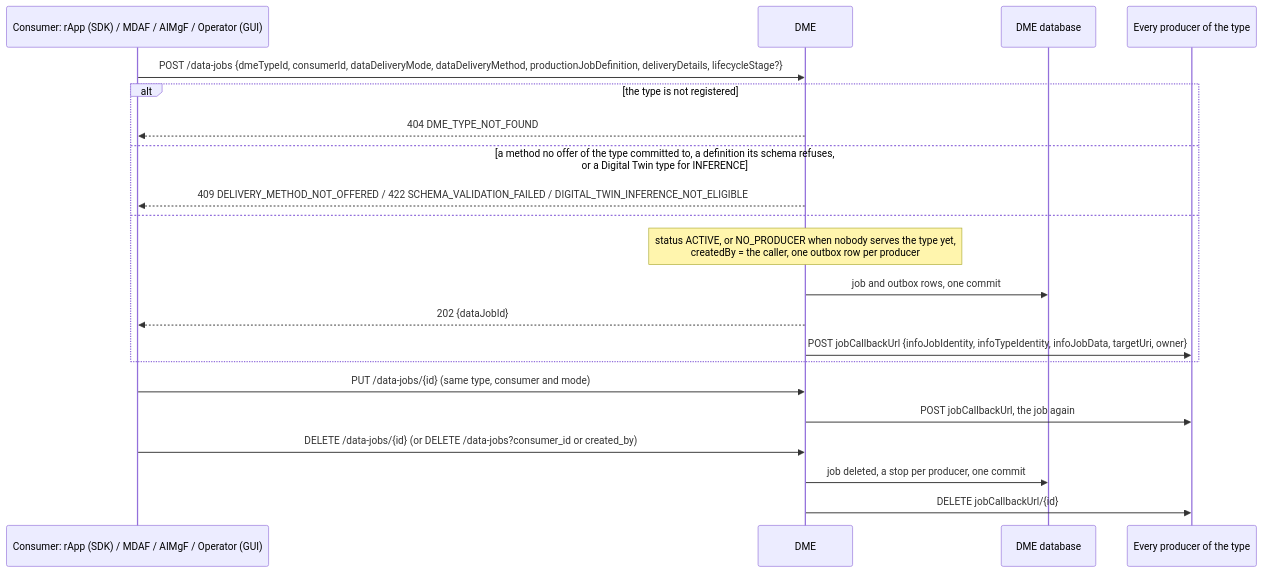
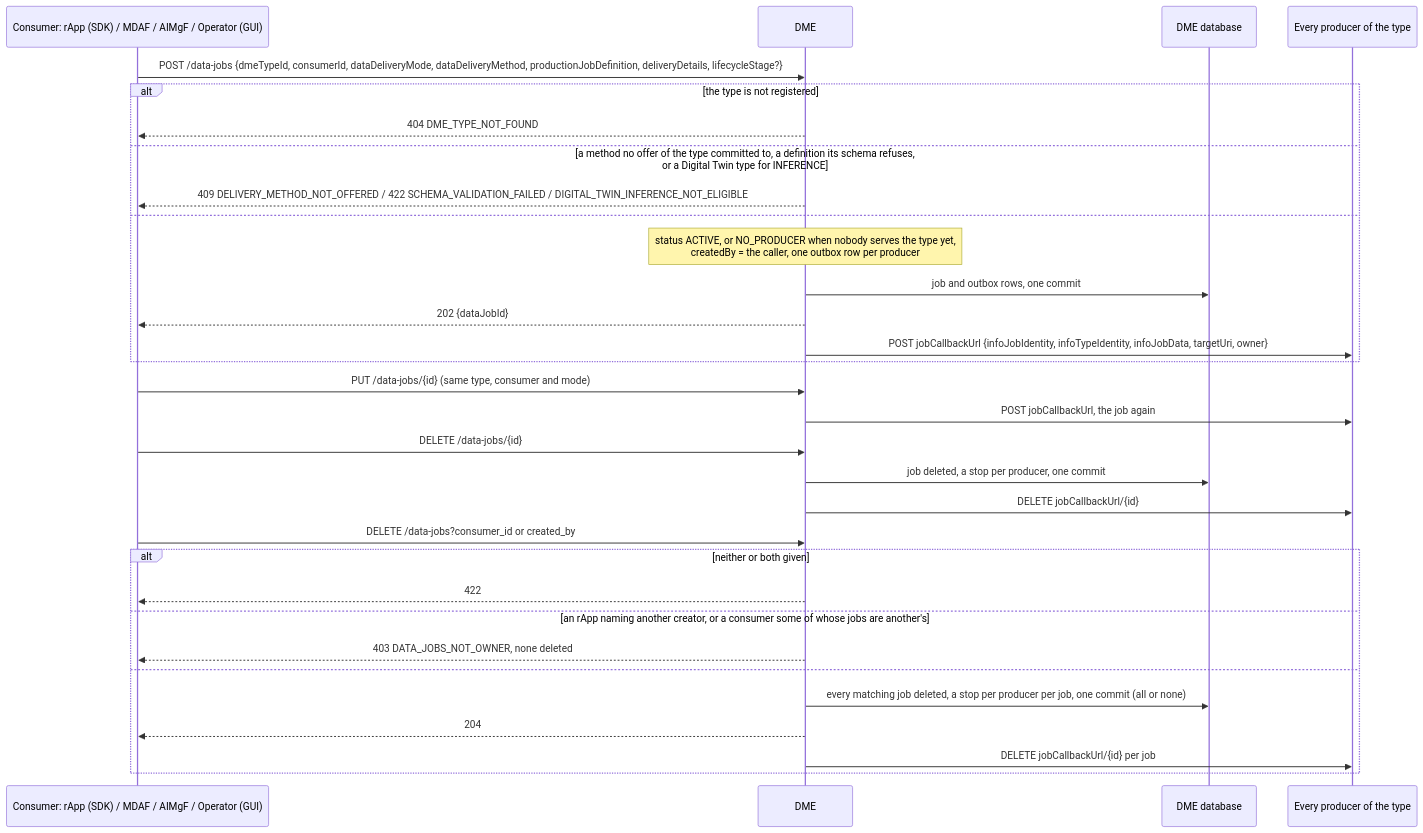
The second of 4 diagrams in smo/docs/call-flows/11-dme-producer-type-lifecycle.md (rsys-bshankar/ai-ran-smo), drawn with Mermaid before and after one commit. The commit also changed other lines of this file and 47 other files, not shown here.

````diff
--- a/smo/docs/call-flows/11-dme-producer-type-lifecycle.md
+++ b/smo/docs/call-flows/11-dme-producer-type-lifecycle.md
@@ -65,24 +65,34 @@
 ```mermaid
 sequenceDiagram
     participant C as Consumer: rApp (SDK) / MDAF / AIMgF / Operator (GUI)
     participant DME as DME
     participant DB as DME database
     participant P as Every producer of the type
 
     C->>DME: POST /data-jobs {dmeTypeId, consumerId, dataDeliveryMode, dataDeliveryMethod, productionJobDefinition, deliveryDetails, lifecycleStage?}
     alt the type is not registered
         DME-->>C: 404 DME_TYPE_NOT_FOUND
     else a method no offer of the type committed to, a definition its schema refuses,<br/>or a Digital Twin type for INFERENCE
         DME-->>C: 409 DELIVERY_METHOD_NOT_OFFERED / 422 SCHEMA_VALIDATION_FAILED / DIGITAL_TWIN_INFERENCE_NOT_ELIGIBLE
     else
         Note over DME: status ACTIVE, or NO_PRODUCER when nobody serves the type yet,<br/>createdBy = the caller, one outbox row per producer
         DME->>DB: job and outbox rows, one commit
         DME-->>C: 202 {dataJobId}
         DME->>P: POST jobCallbackUrl {infoJobIdentity, infoTypeIdentity, infoJobData, targetUri, owner}
     end
     C->>DME: PUT /data-jobs/{id} (same type, consumer and mode)
     DME->>P: POST jobCallbackUrl, the job again
-    C->>DME: DELETE /data-jobs/{id} (or DELETE /data-jobs?consumer_id or created_by)
+    C->>DME: DELETE /data-jobs/{id}
     DME->>DB: job deleted, a stop per producer, one commit
     DME->>P: DELETE jobCallbackUrl/{id}
+    C->>DME: DELETE /data-jobs?consumer_id or created_by
+    alt neither or both given
+        DME-->>C: 422
+    else an rApp naming another creator, or a consumer some of whose jobs are another's
+        DME-->>C: 403 DATA_JOBS_NOT_OWNER, none deleted
+    else
+        DME->>DB: every matching job deleted, a stop per producer per job, one commit (all or none)
+        DME-->>C: 204
+        DME->>P: DELETE jobCallbackUrl/{id} per job
+    end
 ```
````
